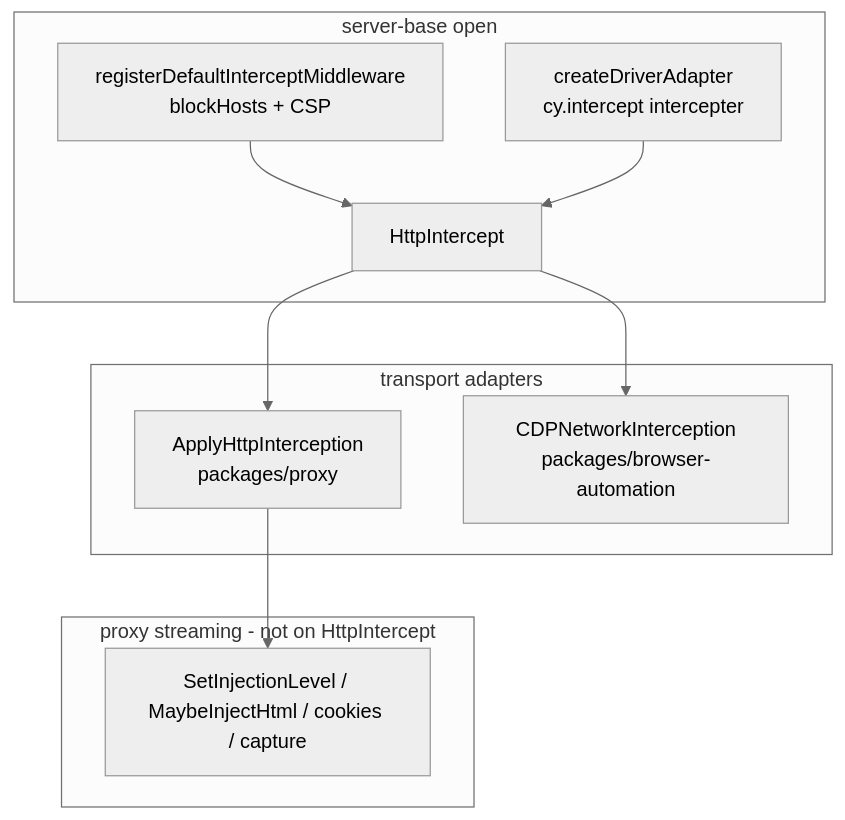
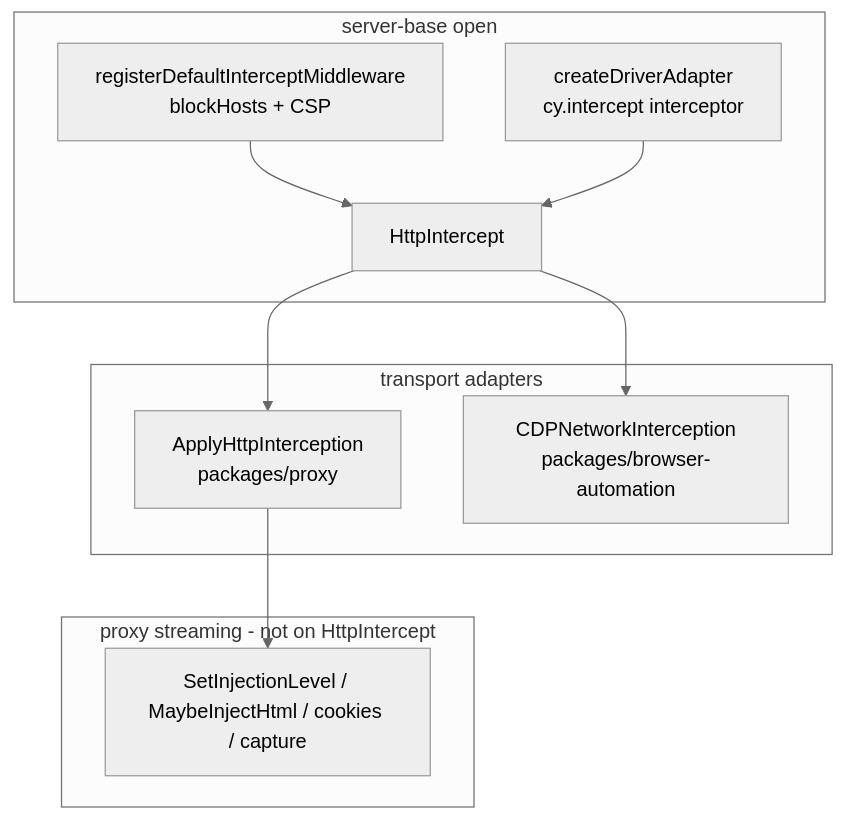
The diagram in packages/network-interception/README.md (cypress-io/cypress), drawn with Mermaid (neutral theme) before and after one commit. The commit also changed other lines of this file and 18 other files, not shown here.

````diff
--- a/packages/network-interception/README.md
+++ b/packages/network-interception/README.md
@@ -59,19 +59,19 @@
 ```mermaid
 flowchart TB
   subgraph compositionRoot["server-base open"]
     REG["registerDefaultInterceptMiddleware<br/>blockHosts + CSP"]
-    DRV["createDriverAdapter<br/>cy.intercept intercepter"]
+    DRV["createDriverAdapter<br/>cy.intercept interceptor"]
     REG --> HI[HttpIntercept]
     DRV --> HI
   end
   subgraph transportLayer["transport adapters"]
     MITM["ApplyHttpInterception<br/>packages/proxy"]
     FETCH["CDPNetworkInterception<br/>packages/browser-automation"]
   end
   subgraph proxyStreaming["proxy streaming - not on HttpIntercept"]
     STREAM["SetInjectionLevel / MaybeInjectHtml / cookies / capture"]
   end
   HI --> MITM
   HI --> FETCH
   MITM --> STREAM
 ```
````
